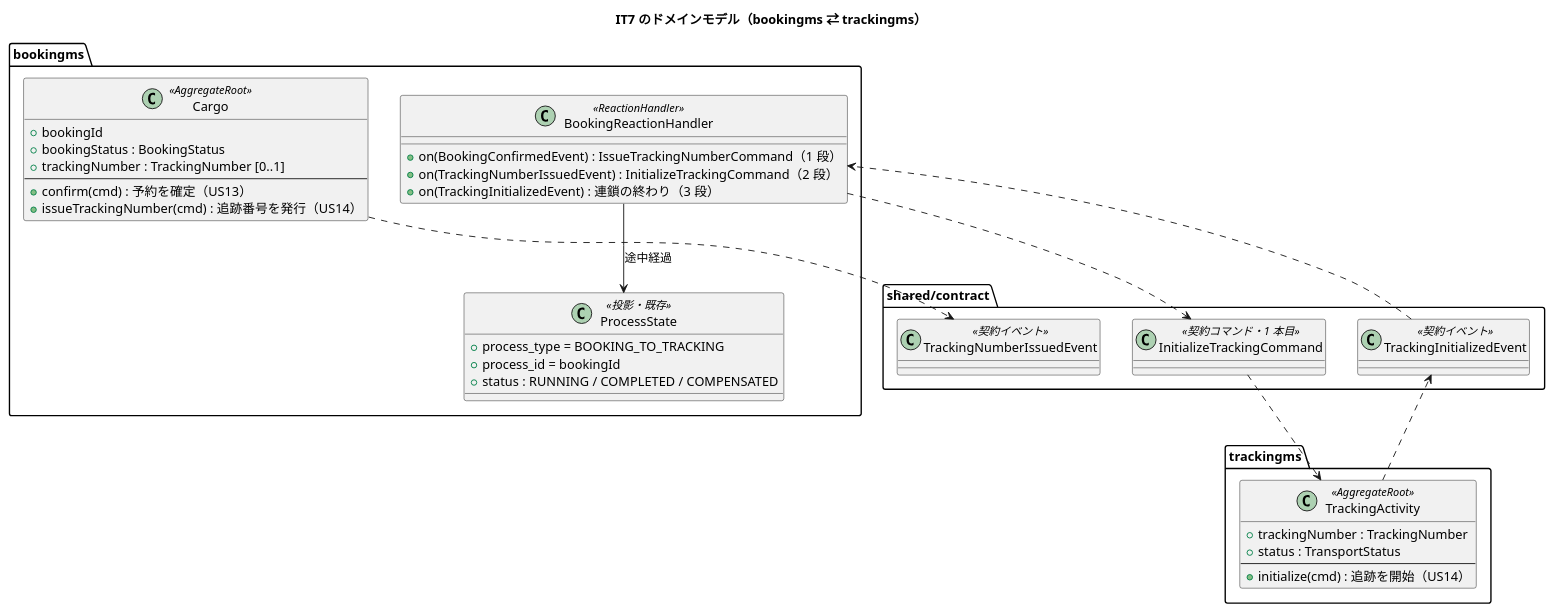
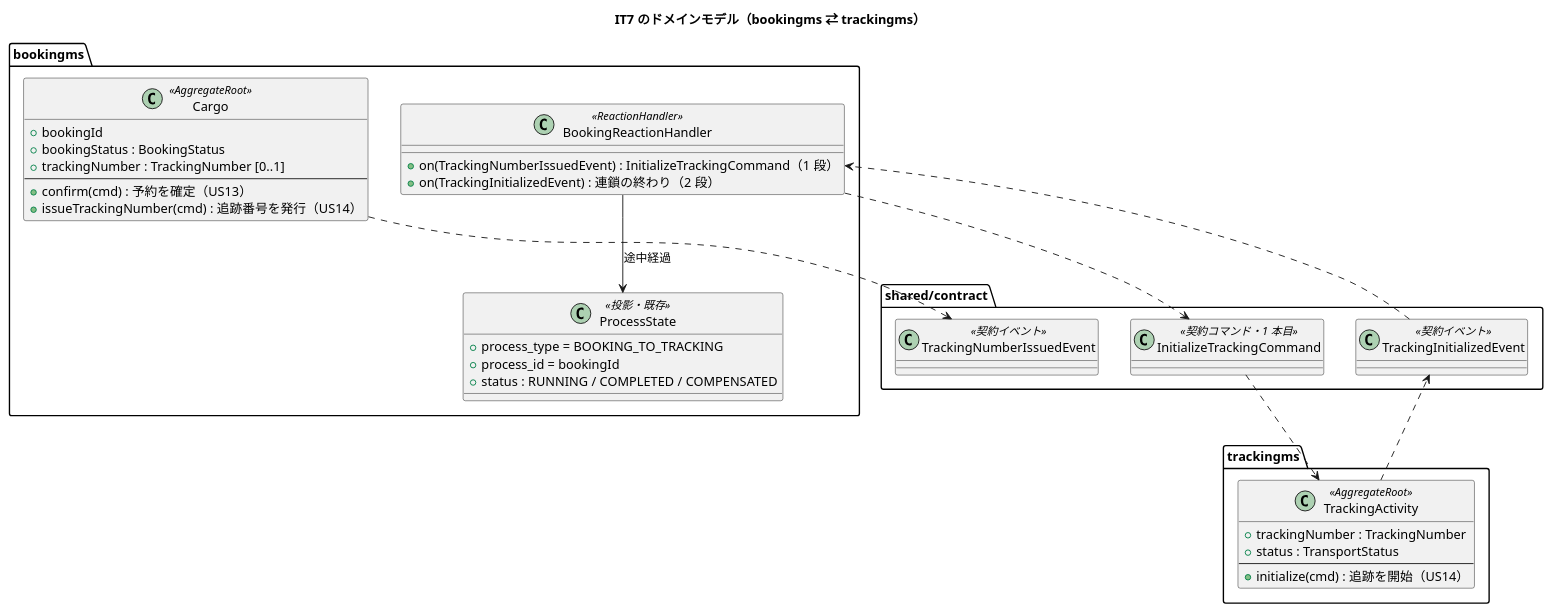
The first of 4 diagrams in docs/development/cargo-tracker/iteration_plan-7.md (k2works/case-study-cargo-tracker), drawn with PlantUML before and after one commit. The commit also changed other lines of this file and 1 other file, not shown here.

````diff
--- a/docs/development/cargo-tracker/iteration_plan-7.md
+++ b/docs/development/cargo-tracker/iteration_plan-7.md
@@ -178,48 +184,47 @@
 ```plantuml
 @startuml
 title IT7 のドメインモデル（bookingms ⇄ trackingms）
 
 package "bookingms" {
   class Cargo <<AggregateRoot>> {
     + bookingId
     + bookingStatus : BookingStatus
     + trackingNumber : TrackingNumber [0..1]
     --
     + confirm(cmd) : 予約を確定（US13）
     + issueTrackingNumber(cmd) : 追跡番号を発行（US14）
   }
   class BookingReactionHandler <<ReactionHandler>> {
-    + on(BookingConfirmedEvent) : IssueTrackingNumberCommand（1 段）
-    + on(TrackingNumberIssuedEvent) : InitializeTrackingCommand（2 段）
-    + on(TrackingInitializedEvent) : 連鎖の終わり（3 段）
+    + on(TrackingNumberIssuedEvent) : InitializeTrackingCommand（1 段）
+    + on(TrackingInitializedEvent) : 連鎖の終わり（2 段）
   }
   class ProcessState <<投影・既存>> {
     + process_type = BOOKING_TO_TRACKING
     + process_id = bookingId
     + status : RUNNING / COMPLETED / COMPENSATED
   }
 }
 
 package "shared/contract" {
   class TrackingNumberIssuedEvent <<契約イベント>>
   class InitializeTrackingCommand <<契約コマンド・1 本目>>
   class TrackingInitializedEvent <<契約イベント>>
 }
 
 package "trackingms" {
   class TrackingActivity <<AggregateRoot>> {
     + trackingNumber : TrackingNumber
     + status : TransportStatus
     --
     + initialize(cmd) : 追跡を開始（US14）
   }
 }
 
 Cargo ..> TrackingNumberIssuedEvent
 BookingReactionHandler ..> InitializeTrackingCommand
 BookingReactionHandler --> ProcessState : 途中経過
 InitializeTrackingCommand ..> TrackingActivity
 TrackingActivity ..> TrackingInitializedEvent
 TrackingInitializedEvent ..> BookingReactionHandler
 @enduml
 ```
````
